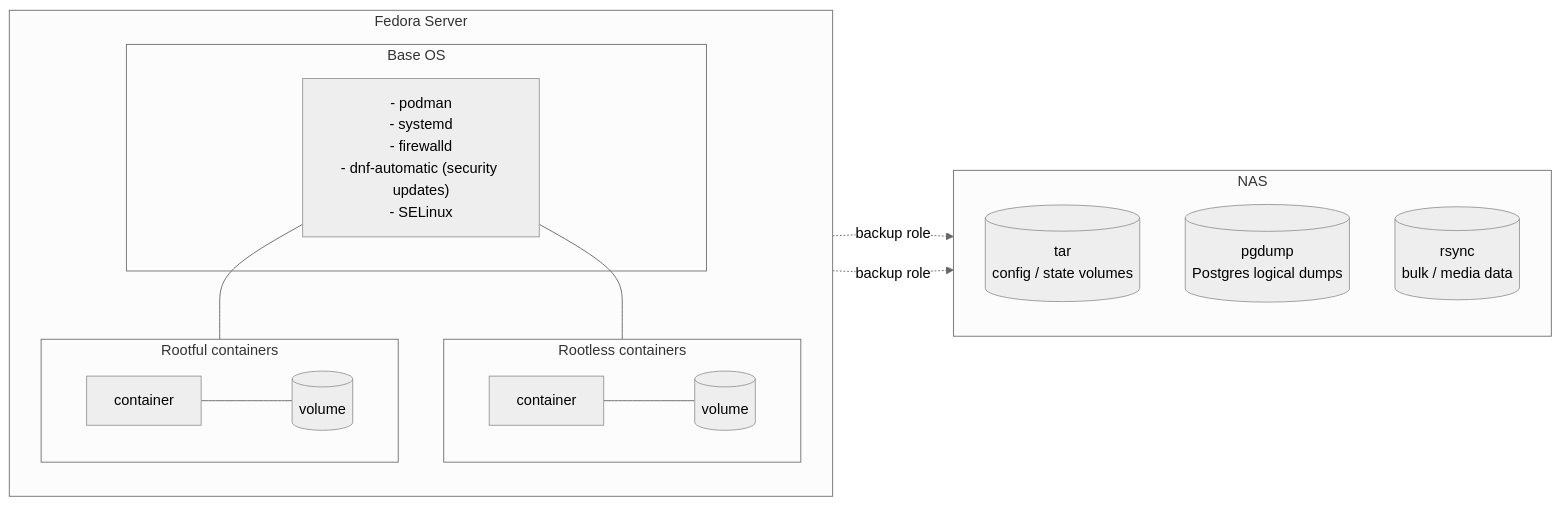
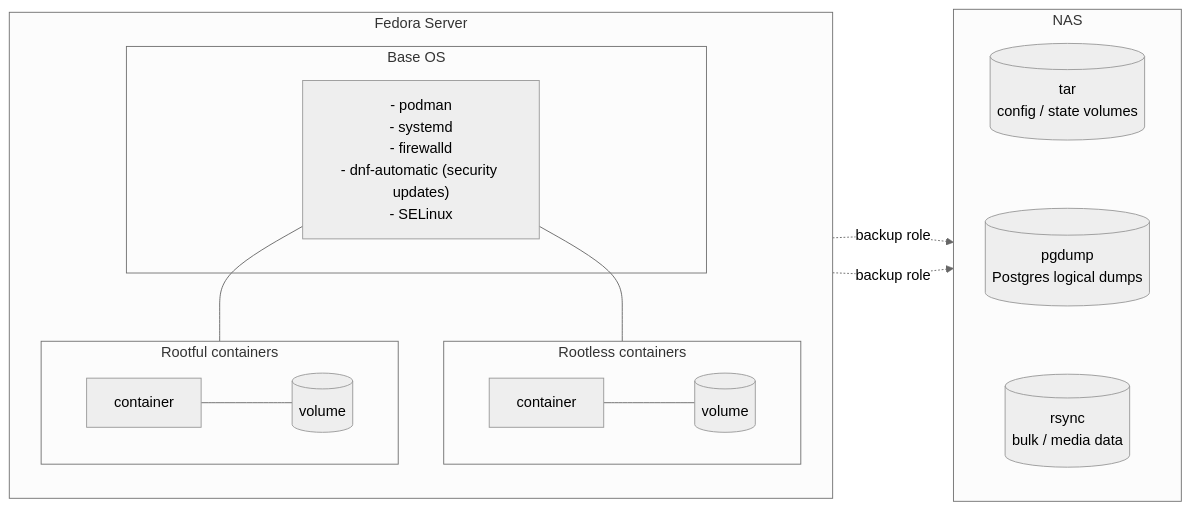
The diagram in README.md (luckynrslevin/home-server), drawn with Mermaid (neutral theme) before and after one commit.

Commit message:
docs(readme): stack NAS backup volumes vertically

````diff
--- a/README.md
+++ b/README.md
@@ -111,37 +111,35 @@
 ```mermaid
 graph LR
     subgraph HOST["Fedora Server"]
         direction TB
 
         subgraph ROOTFUL["Rootful containers"]
             direction LR
             RFC["container"] --- RFV[("volume")]
         end
 
         subgraph ROOTLESS["Rootless containers"]
             direction LR
             RLC["container"] --- RLV[("volume")]
         end
 
         subgraph OS["Base OS"]
             KERNEL["`- podman
 - systemd
 - firewalld
 - dnf-automatic (security updates)
 - SELinux`"]
         end
 
         KERNEL --- ROOTFUL
         KERNEL --- ROOTLESS
     end
 
     subgraph NAS["NAS"]
         direction TB
-        TAR[("tar<br/>config / state volumes")]
-        PGD[("pgdump<br/>Postgres logical dumps")]
-        RSY[("rsync<br/>bulk / media data")]
+        TAR[("tar<br/>config / state volumes")] ~~~ PGD[("pgdump<br/>Postgres logical dumps")] ~~~ RSY[("rsync<br/>bulk / media data")]
     end
 
     ROOTFUL -. "backup role" .-> NAS
     ROOTLESS -. "backup role" .-> NAS
 ```
````
